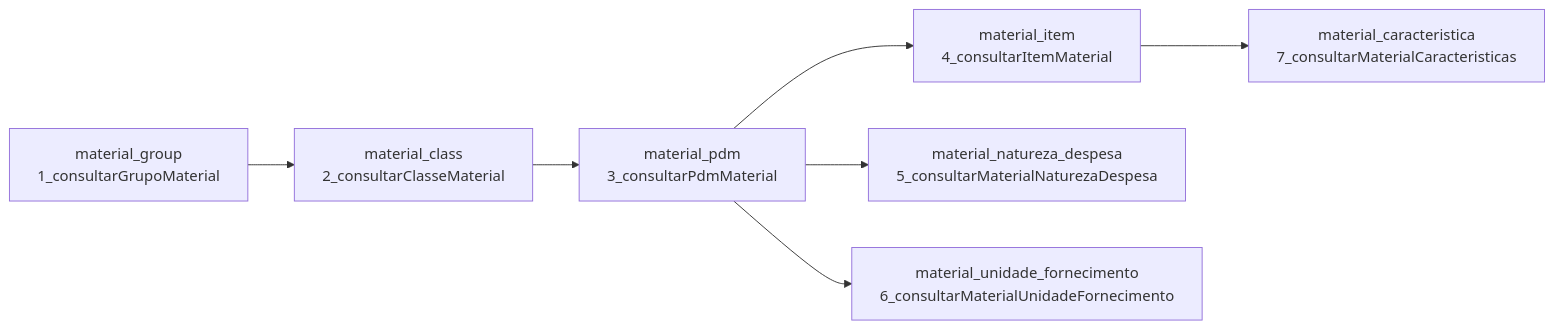
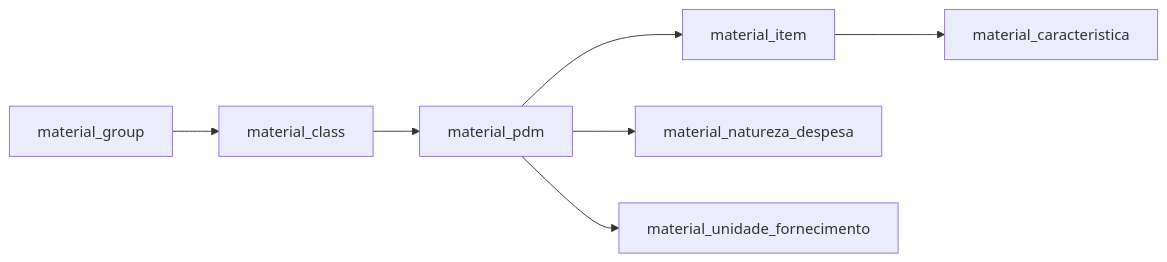
One commit to mpraes/open-gov-supply-chain-data changed the second of 7 diagrams in docs/architecture.md. Above: the diagram before and after it, drawn with Mermaid. The commit also changed other lines of this file and 115 other files, not shown here.

````diff
--- a/docs/architecture.md
+++ b/docs/architecture.md
@@ -71,16 +73,8 @@
 ```mermaid
 flowchart LR
-  G["material_group<br/>1_consultarGrupoMaterial"]
-  C["material_class<br/>2_consultarClasseMaterial"]
-  P["material_pdm<br/>3_consultarPdmMaterial"]
-  I["material_item<br/>4_consultarItemMaterial"]
-  N["material_natureza_despesa<br/>5_consultarMaterialNaturezaDespesa"]
-  U["material_unidade_fornecimento<br/>6_consultarMaterialUnidadeFornecimento"]
-  K["material_caracteristica<br/>7_consultarMaterialCaracteristicas"]
-
-  G --> C --> P
-  P --> I
-  P --> N
-  P --> U
-  I --> K
+  G["material_group"] --> C["material_class"] --> P["material_pdm"]
+  P --> I["material_item"]
+  P --> N["material_natureza_despesa"]
+  P --> U["material_unidade_fornecimento"]
+  I --> K["material_caracteristica"]
 ```
````
